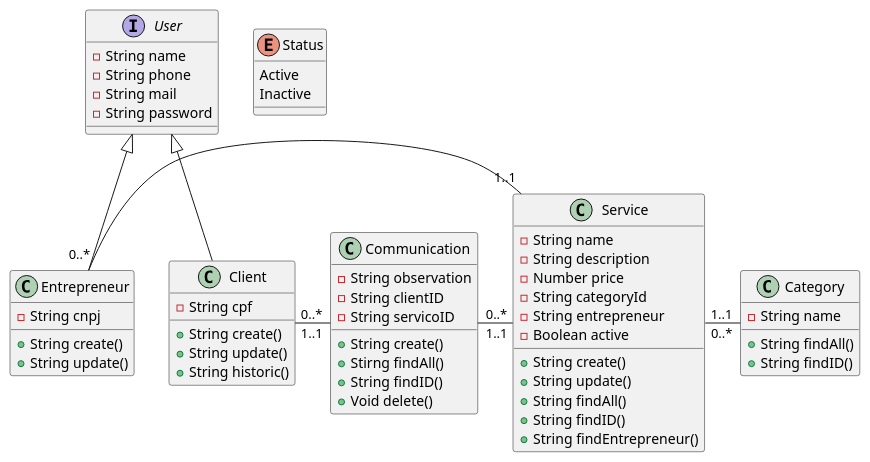
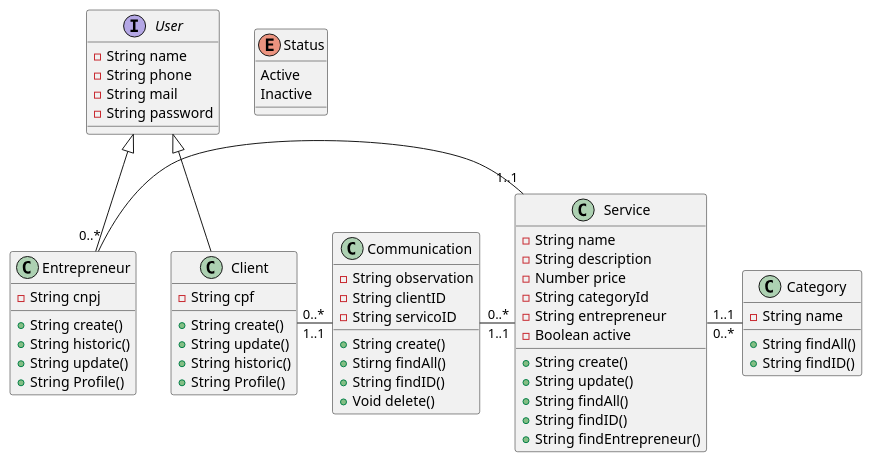
One commit to LeonardoCamilo10/API-SERVICE-BACK-END changed the diagram in diagram-API-SERVICE/src/Diagram-Class/class.puml. Above: the diagram before and after it, drawn with PlantUML. The commit also changed 2 other files, not shown here.

Commit message:
feat: add route profile for client

```diff
--- a/diagram-API-SERVICE/src/Diagram-Class/class.puml
+++ b/diagram-API-SERVICE/src/Diagram-Class/class.puml
@@ -1,67 +1,71 @@
 @startuml DiagramClass
     interface User {
       -String name
       -String phone
       -String mail
       -String password
     }
 
     class Entrepreneur extends User {
       -String cnpj
       +String create()
+      +String historic()
       +String update()
+      +String Profile()
+
     }
 
     class Client extends User {
       -String cpf
       +String create()
       +String update()
       +String historic()
+      +String Profile()
     }
 
     class Service {
       -String name
       -String description
       -Number price
       -String categoryId
       -String entrepreneur
       -Boolean active
 
       +String create()
       +String update()
       +String findAll()
       +String findID()
       +String findEntrepreneur()
     }
 
     Entrepreneur "0..*" - "1..1" Service
 
     enum Status{
       Active
       Inactive
     }
 
     class Category {
       -String name
 
       +String findAll()
       +String findID()
     }
 
     Service "1..1" - "0..*" Category
 
     class Communication{
       -String observation 
       -String clientID
       -String servicoID
 
       +String create()
       +Stirng findAll()
       +String findID()
       +Void delete()
     }
 
     Client "0..*" - "1..1" Communication
     Communication "0..*" - "1..1" Service
     
 @enduml
```
